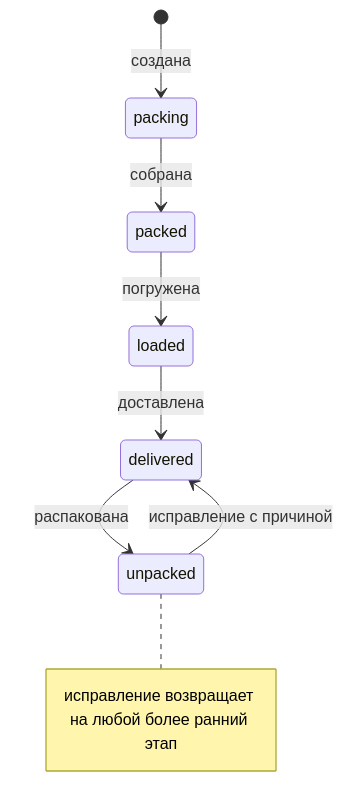
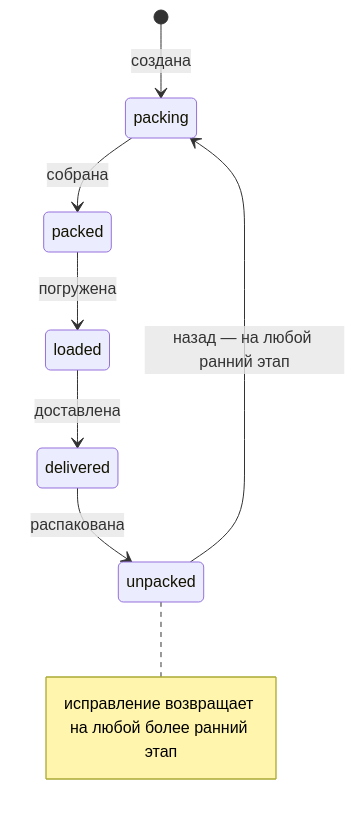
One commit to lesazizkin-blip/PROD changed the first of 3 diagrams in docs/ARCHITECTURE.md. Above: the diagram before and after it, drawn with Mermaid. The commit also changed other lines of this file and 4 other files, not shown here.

Commit message:
preflight and docs follow the new box rule: going back is an ordinary transition (preflight expected 409 and would fail preflight:prod after MR 46), the old status-corrections endpoint checked without a reason; CASE, ARCHITECTURE, API no longer say 'back only with a reason'; frontend test count 205

````diff
--- a/docs/ARCHITECTURE.md
+++ b/docs/ARCHITECTURE.md
@@ -47,10 +47,10 @@
 ```mermaid
 stateDiagram-v2
     [*] --> packing: создана
     packing --> packed: собрана
     packed --> loaded: погружена
     loaded --> delivered: доставлена
     delivered --> unpacked: распакована
-    unpacked --> delivered: исправление с причиной
+    unpacked --> packing: назад — на любой ранний этап
     note right of unpacked: исправление возвращает на любой более ранний этап
 ```
````
